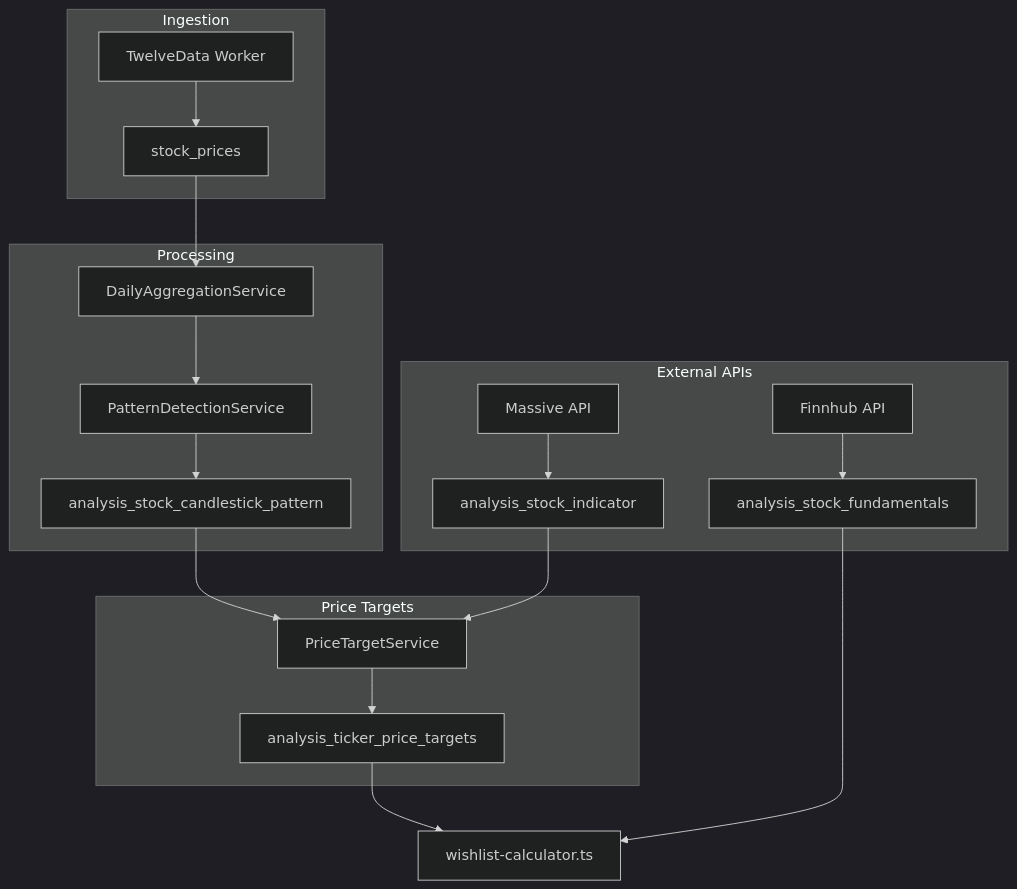
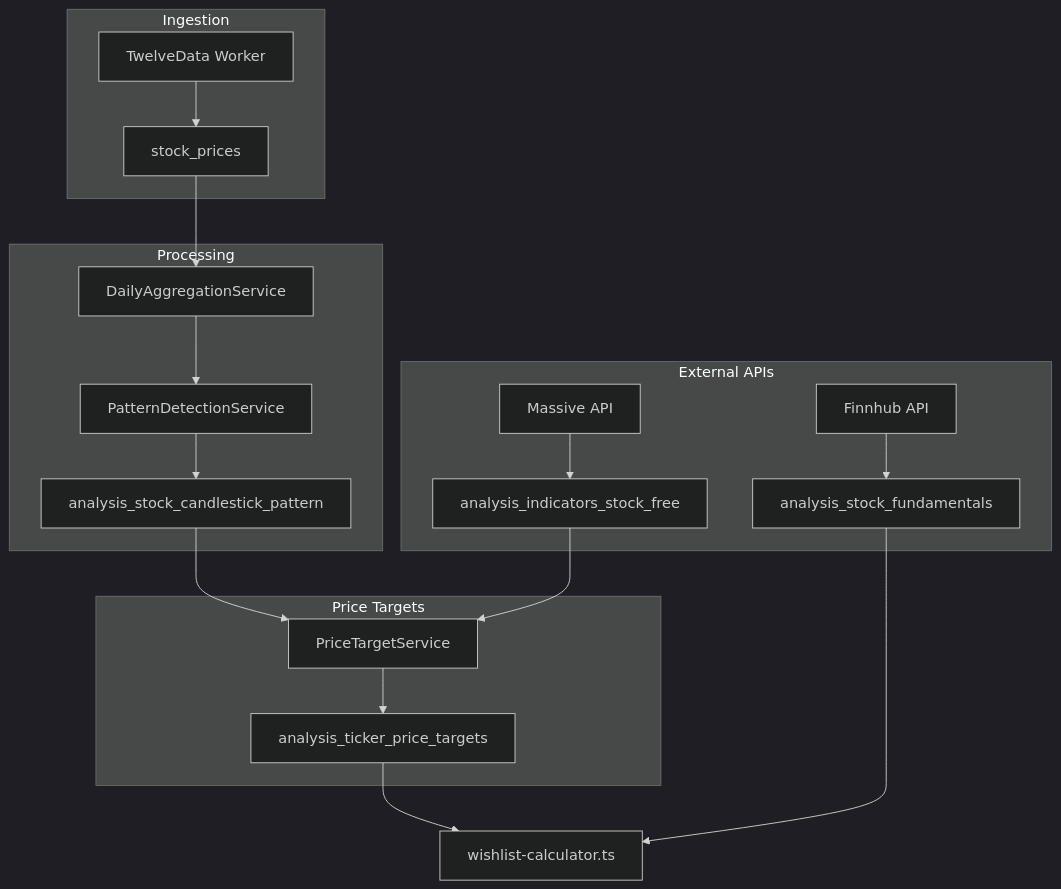
One commit to nixonyong911/Stock-And-Crypto-Tracker changed the first of 3 diagrams in instruction/analysis/stock-analysis-pipeline.md. Above: the diagram before and after it, drawn with Mermaid (dark theme). The commit also changed other lines of this file and 61 other files, not shown here.

````diff
--- a/instruction/analysis/stock-analysis-pipeline.md
+++ b/instruction/analysis/stock-analysis-pipeline.md
@@ -11,26 +11,26 @@
 ```mermaid
 flowchart TD
     subgraph Ingestion
         A[TwelveData Worker] --> B[stock_prices]
     end
 
     subgraph Processing
         B --> C[DailyAggregationService]
         C --> D[PatternDetectionService]
         D --> E[analysis_stock_candlestick_pattern]
     end
 
     subgraph External APIs
-        F[Massive API] --> G[analysis_stock_indicator]
+        F[Massive API] --> G[analysis_indicators_stock_free]
         H[Finnhub API] --> I[analysis_stock_fundamentals]
     end
 
     subgraph Price Targets
         E --> J[PriceTargetService]
         G --> J
         J --> K[analysis_ticker_price_targets]
     end
 
     K --> L[wishlist-calculator.ts]
     I --> L
 ```
````
